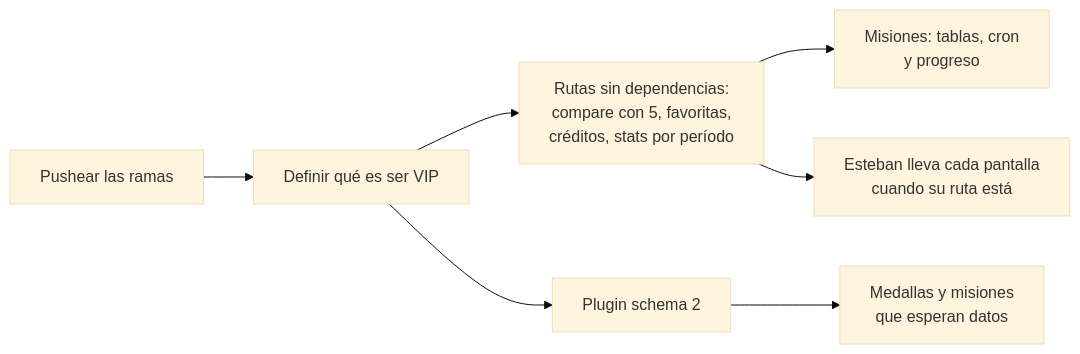
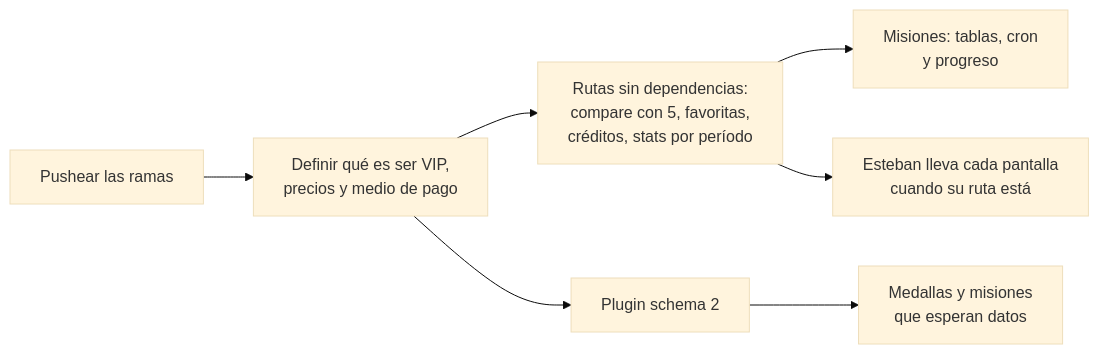
Before and after one commit to mchssj/v34frag: the diagram in docs/RESUMEN_PROTOTIPOS_VIP.md, drawn with Mermaid (base theme). The commit also changed other lines of this file and 2 other files, not shown here.

Commit message:
docs(bitacora): página Hacete VIP y configs de los jugadores

````diff
--- a/docs/RESUMEN_PROTOTIPOS_VIP.md
+++ b/docs/RESUMEN_PROTOTIPOS_VIP.md
@@ -127,9 +136,9 @@
 ```mermaid
 flowchart LR
-  P[Pushear las ramas] --> A[Definir qué es ser VIP]
+  P[Pushear las ramas] --> A[Definir qué es ser VIP,<br/>precios y medio de pago]
   A --> B[Rutas sin dependencias:<br/>compare con 5, favoritas,<br/>créditos, stats por período]
   B --> C[Misiones: tablas, cron<br/>y progreso]
   A --> D[Plugin schema 2]
   D --> E[Medallas y misiones<br/>que esperan datos]
   B --> F[Esteban lleva cada pantalla<br/>cuando su ruta está]
 ```
````
